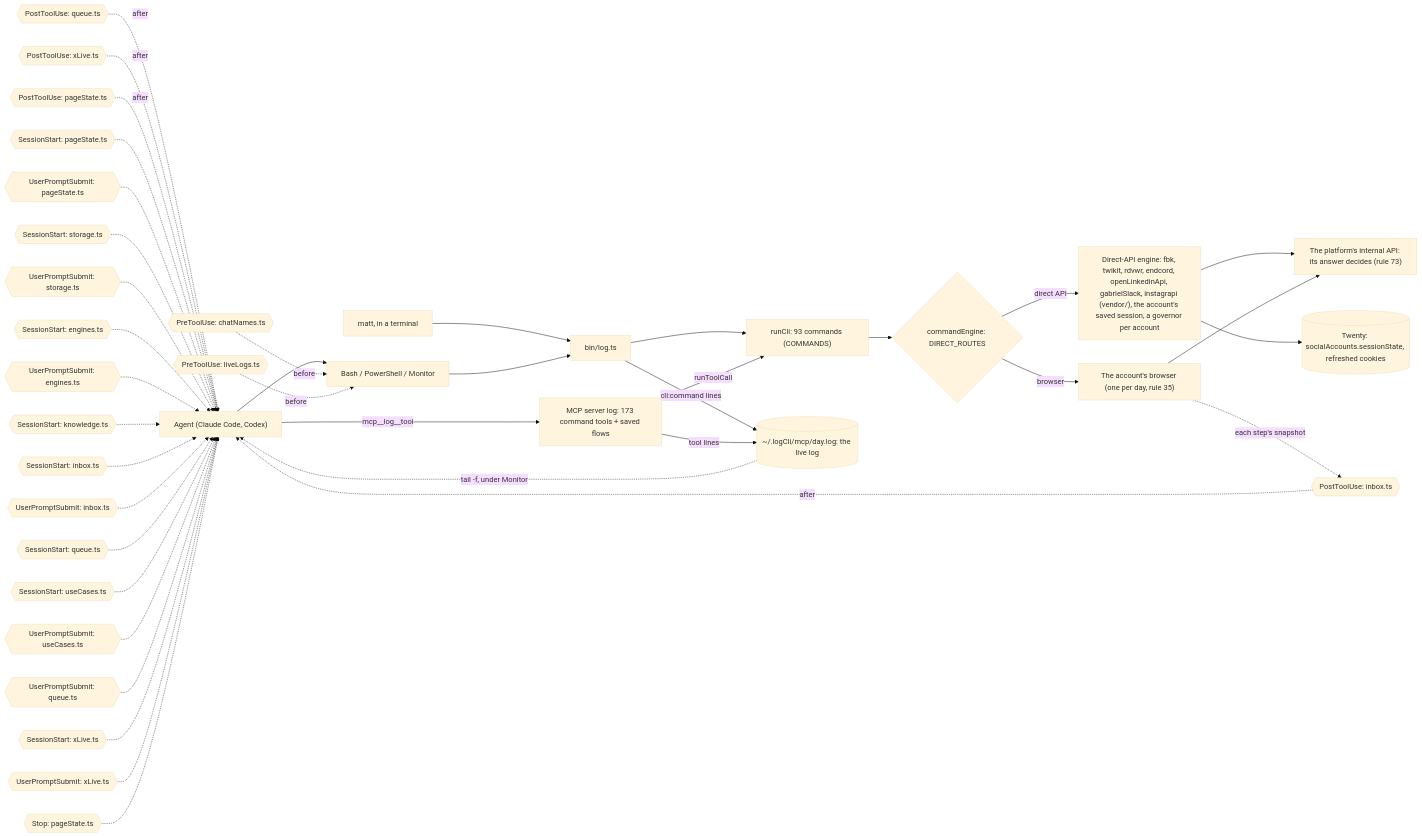
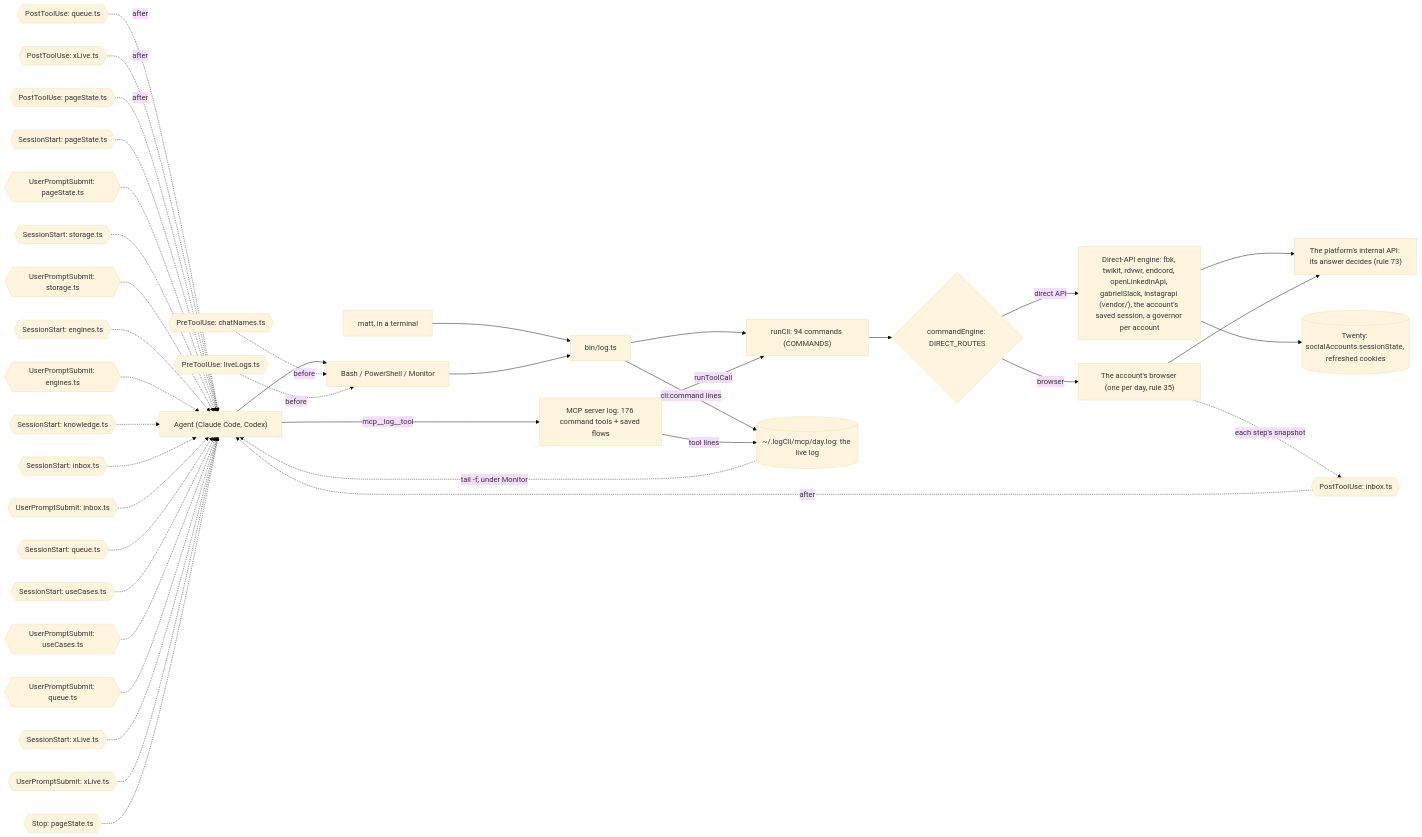
The third of 6 diagrams in docs/reference.md (matthewdonsemail-lab/log), drawn with Mermaid (base theme) before and after one commit. The commit also changed other lines of this file and 34 other files, not shown here.

````diff
--- a/docs/reference.md
+++ b/docs/reference.md
@@ -187,53 +187,53 @@
 ```mermaid
 flowchart LR
   agent["Agent (Claude Code, Codex)"]
   matt["matt, in a terminal"]
   shell["Bash / PowerShell / Monitor"]
-  mcp["MCP server log: 173 command tools + saved flows"]
+  mcp["MCP server log: 176 command tools + saved flows"]
   bin["bin/log.ts"]
-  runCli["runCli: 93 commands (COMMANDS)"]
+  runCli["runCli: 94 commands (COMMANDS)"]
   live[("~/.logCli/mcp/day.log: the live log")]
   engine{"commandEngine: DIRECT_ROUTES"}
   direct["Direct-API engine: fbk, twikit, rdvwr, endcord, openLinkedinApi, gabrielSlack, instagrapi (vendor/), the account's saved session, a governor per account"]
   browser["The account's browser (one per day, rule 35)"]
   api["The platform's internal API: its answer decides (rule 73)"]
   twenty[("Twenty: socialAccounts.sessionState, refreshed cookies")]
   agent --> shell
   matt --> bin
   shell --> bin
   agent -->|mcp__log__tool| mcp
   bin --> runCli
   mcp -->|runToolCall| runCli
   runCli --> engine
   engine -->|direct API| direct
   engine -->|browser| browser
   direct --> api
   browser --> api
   direct --> twenty
   bin -->|cli:command lines| live
   mcp -->|tool lines| live
   live -.->|tail -f, under Monitor| agent
   pre0{{"PreToolUse: chatNames.ts"}} -.->|before| shell
   pre1{{"PreToolUse: liveLogs.ts"}} -.->|before| shell
   post0{{"PostToolUse: inbox.ts"}} -.->|after| agent
   post1{{"PostToolUse: queue.ts"}} -.->|after| agent
   post2{{"PostToolUse: xLive.ts"}} -.->|after| agent
   post3{{"PostToolUse: pageState.ts"}} -.->|after| agent
   turn0{{"SessionStart: pageState.ts"}} -.-> agent
   turn1{{"UserPromptSubmit: pageState.ts"}} -.-> agent
   turn2{{"SessionStart: storage.ts"}} -.-> agent
   turn3{{"UserPromptSubmit: storage.ts"}} -.-> agent
   turn4{{"SessionStart: engines.ts"}} -.-> agent
   turn5{{"UserPromptSubmit: engines.ts"}} -.-> agent
   turn6{{"SessionStart: knowledge.ts"}} -.-> agent
   turn7{{"SessionStart: inbox.ts"}} -.-> agent
   turn8{{"UserPromptSubmit: inbox.ts"}} -.-> agent
   turn9{{"SessionStart: queue.ts"}} -.-> agent
   turn10{{"SessionStart: useCases.ts"}} -.-> agent
   turn11{{"UserPromptSubmit: useCases.ts"}} -.-> agent
   turn12{{"UserPromptSubmit: queue.ts"}} -.-> agent
   turn13{{"SessionStart: xLive.ts"}} -.-> agent
   turn14{{"UserPromptSubmit: xLive.ts"}} -.-> agent
   turn15{{"Stop: pageState.ts"}} -.-> agent
   browser -.->|each step's snapshot| post0
 ```
````
